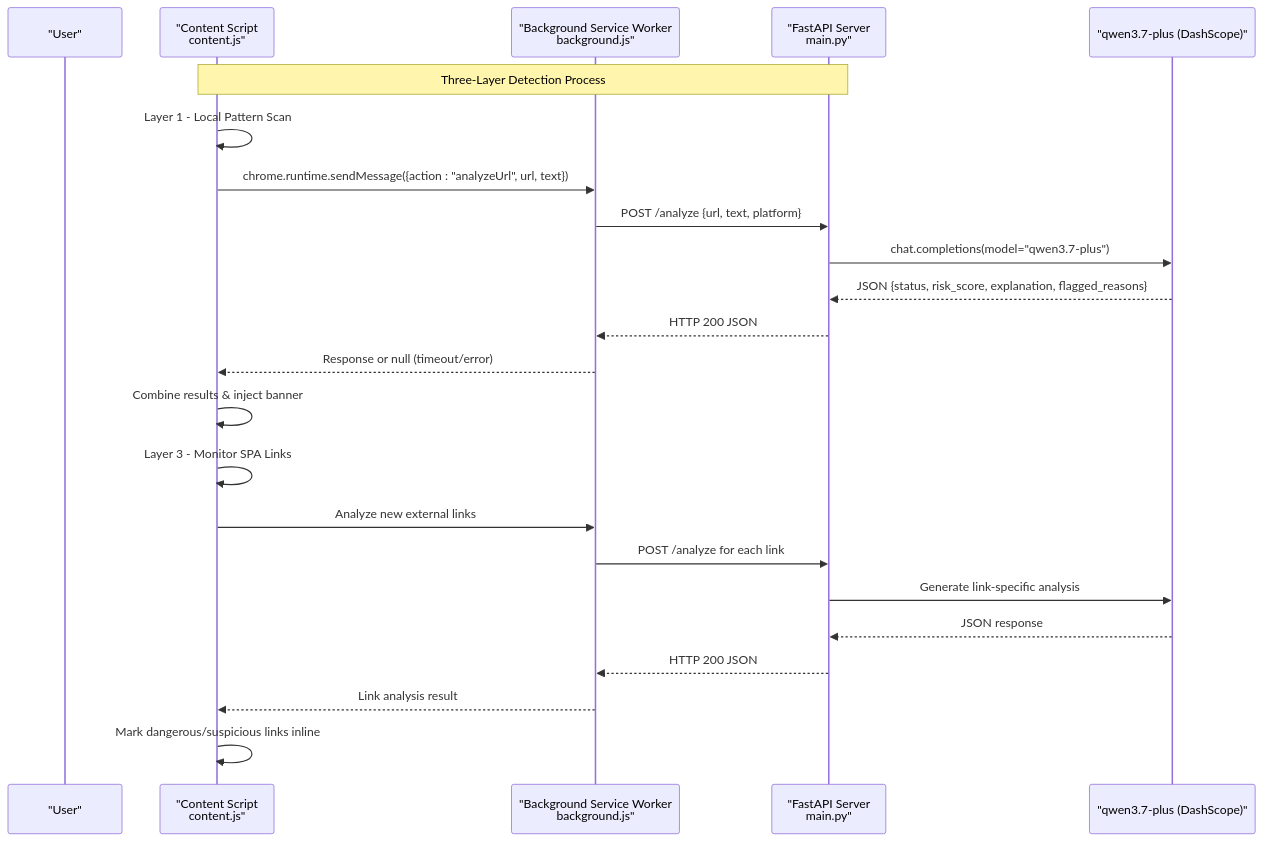
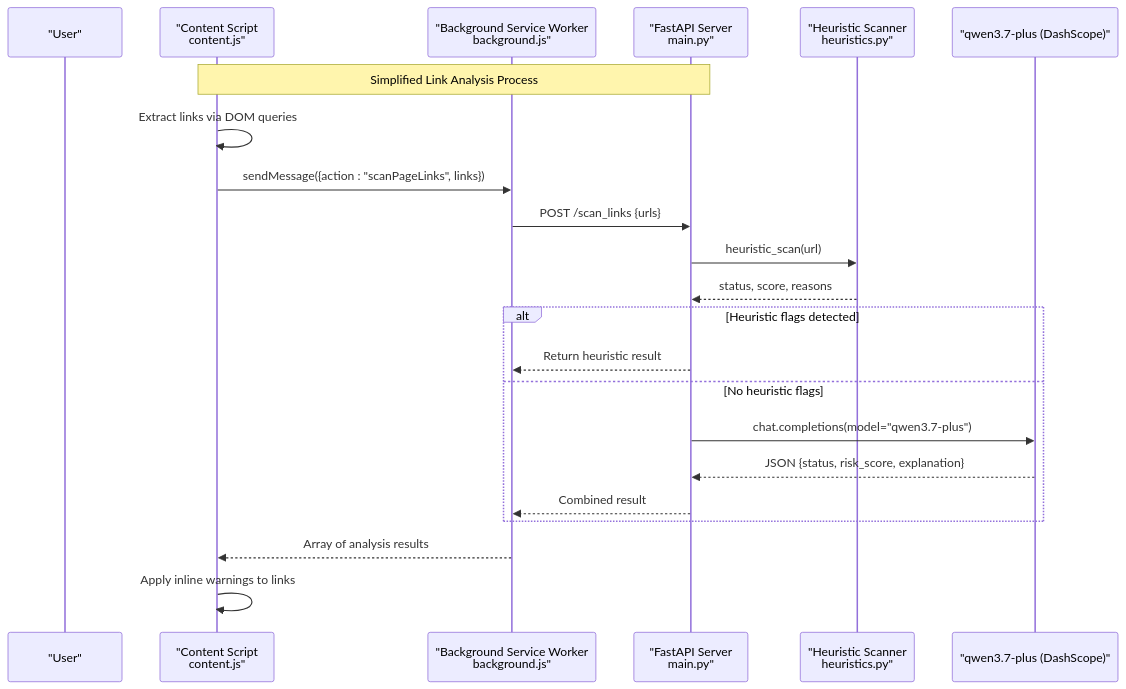
Before and after one commit to Aymanaahh/scrollguard-ai: the second of 7 diagrams in .qoder/repowiki/en/content/Threat Detection Engine.md, drawn with Mermaid. The commit also changed other lines of this file and 36 other files, not shown here.

````diff
--- a/.qoder/repowiki/en/content/Threat Detection Engine.md
+++ b/.qoder/repowiki/en/content/Threat Detection Engine.md
@@ -116,25 +105,24 @@
 ```mermaid
 sequenceDiagram
 participant User as "User"
 participant CS as "Content Script<br/>content.js"
 participant BSW as "Background Service Worker<br/>background.js"
 participant BE as "FastAPI Server<br/>main.py"
+participant HEUR as "Heuristic Scanner<br/>heuristics.py"
 participant AI as "qwen3.7-plus (DashScope)"
-Note over CS,BE : Three-Layer Detection Process
-CS->>CS : Layer 1 - Local Pattern Scan
-CS->>BSW : chrome.runtime.sendMessage({action : "analyzeUrl", url, text})
-BSW->>BE : POST /analyze {url, text, platform}
+Note over CS,BE : Simplified Link Analysis Process
+CS->>CS : Extract links via DOM queries
+CS->>BSW : sendMessage({action : "scanPageLinks", links})
+BSW->>BE : POST /scan_links {urls}
+BE->>HEUR : heuristic_scan(url)
+HEUR-->>BE : status, score, reasons
+alt Heuristic flags detected
+BE-->>BSW : Return heuristic result
+else No heuristic flags
 BE->>AI : chat.completions(model="qwen3.7-plus")
-AI-->>BE : JSON {status, risk_score, explanation, flagged_reasons}
-BE-->>BSW : HTTP 200 JSON
-BSW-->>CS : Response or null (timeout/error)
-CS->>CS : Combine results & inject banner
-CS->>CS : Layer 3 - Monitor SPA Links
-CS->>BSW : Analyze new external links
-BSW->>BE : POST /analyze for each link
-BE->>AI : Generate link-specific analysis
-AI-->>BE : JSON response
-BE-->>BSW : HTTP 200 JSON
-BSW-->>CS : Link analysis result
-CS->>CS : Mark dangerous/suspicious links inline
+AI-->>BE : JSON {status, risk_score, explanation}
+BE-->>BSW : Combined result
+end
+BSW-->>CS : Array of analysis results
+CS->>CS : Apply inline warnings to links
 ```
````
